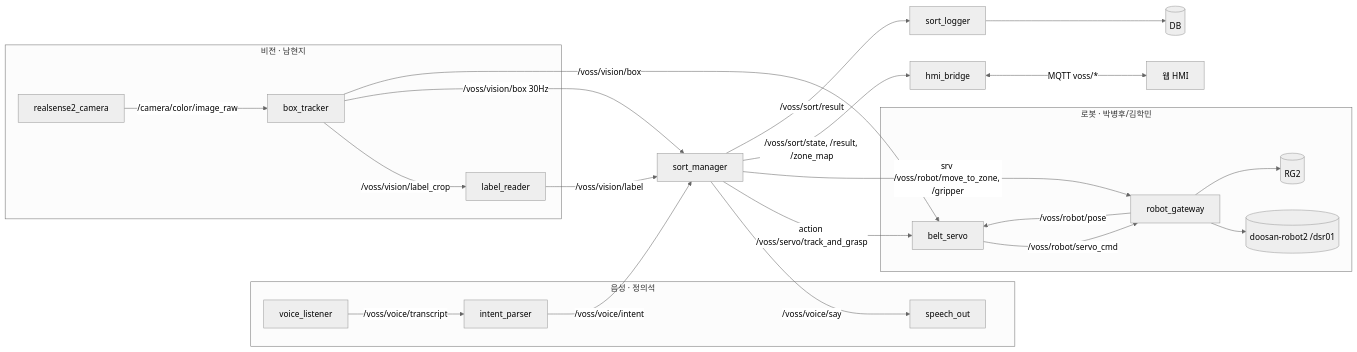
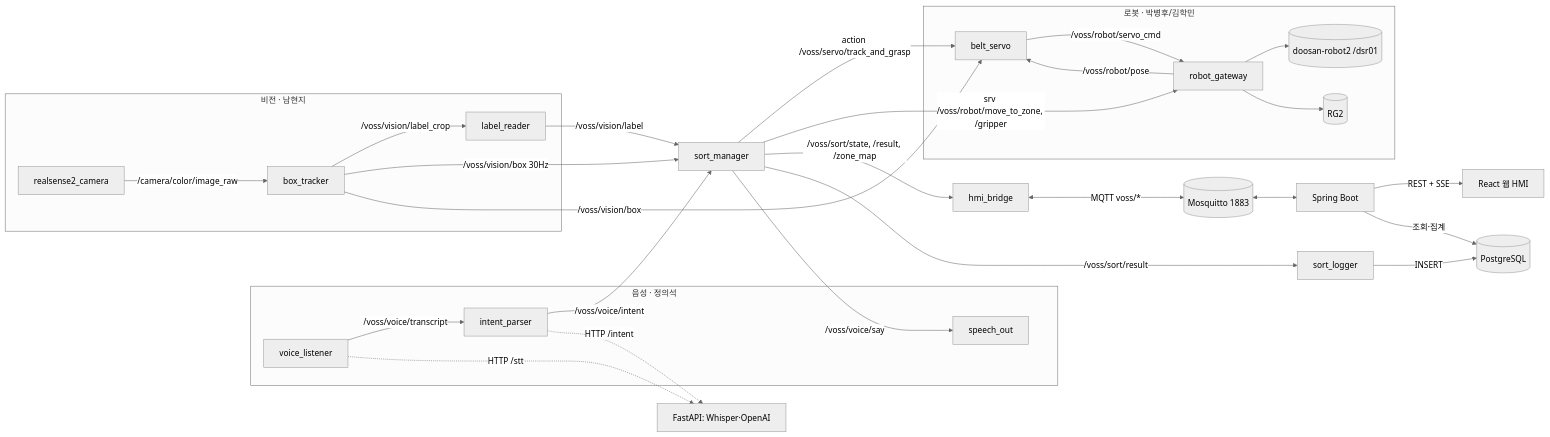
Before and after one commit to lambdaramji/rokey_cobot2_VOSS: the diagram in docs/architecture.md, drawn with Mermaid (neutral theme). The commit also changed other lines of this file and 8 other files, not shown here.

First line of the commit message:
docs(adr): propose web/AI/DB stack - React, Spring Boot, FastAPI, PostgreSQL (#20)

````diff
--- a/docs/architecture.md
+++ b/docs/architecture.md
@@ -7,28 +7,33 @@
 ```mermaid
 flowchart LR
   subgraph voice[음성 · 정의석]
     VL[voice_listener] -->|/voss/voice/transcript| IP[intent_parser]
     SO[speech_out]
   end
   subgraph vision[비전 · 남현지]
     CAM[realsense2_camera] -->|/camera/color/image_raw| BT[box_tracker]
     BT -->|/voss/vision/label_crop| LR[label_reader]
   end
   subgraph robot[로봇 · 박병후/김학민]
     BS[belt_servo] -->|/voss/robot/servo_cmd| RG[robot_gateway]
     RG -->|/voss/robot/pose| BS
     RG --> DSR[(doosan-robot2 /dsr01)]
     RG --> RG2[(RG2)]
   end
   IP -->|/voss/voice/intent| SM[sort_manager]
   BT -->|/voss/vision/box 30Hz| SM
   BT -->|/voss/vision/box| BS
   LR -->|/voss/vision/label| SM
   SM -->|action /voss/servo/track_and_grasp| BS
   SM -->|srv /voss/robot/move_to_zone, /gripper| RG
   SM -->|/voss/voice/say| SO
   SM -->|/voss/sort/state, /result, /zone_map| HB[hmi_bridge]
   SM -->|/voss/sort/result| SL[sort_logger]
-  HB <-->|MQTT voss/*| WEB[웹 HMI]
-  SL --> DB[(DB)]
+  HB <-->|MQTT voss/*| MQ[(Mosquitto 1883)]
+  MQ <--> SB[Spring Boot]
+  SB -->|REST + SSE| WEB[React 웹 HMI]
+  SL -->|INSERT| DB[(PostgreSQL)]
+  SB -->|조회·집계| DB
+  VL -.->|HTTP /stt| AI[FastAPI: Whisper·OpenAI]
+  IP -.->|HTTP /intent| AI
 ```
````
